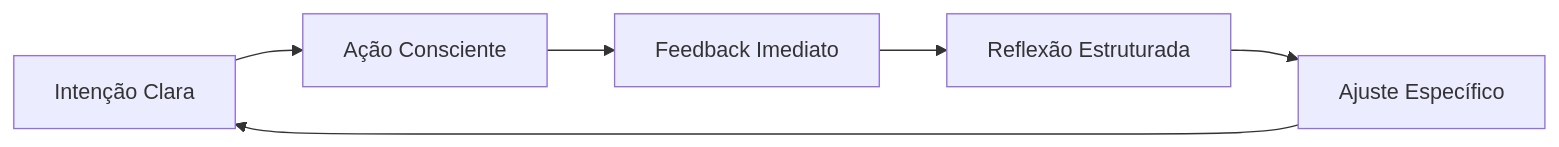
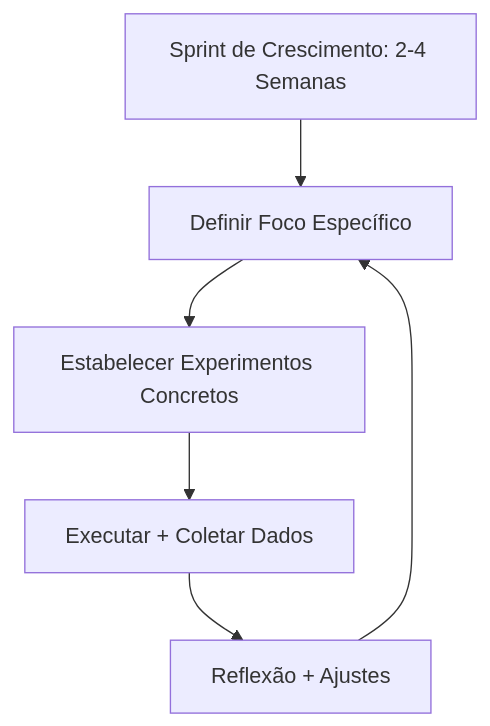
The fifth of 7 diagrams in Leadership/pdi.md (felipepimentel/my-public-notes), drawn with Mermaid before and after one commit. The commit also changed other lines of this file, not shown here.

````diff
--- a/Leadership/pdi.md
+++ b/Leadership/pdi.md
@@ -465,8 +331,8 @@
 ```mermaid
-graph LR
-    A[Intenção Clara] --> B[Ação Consciente]
-    B --> C[Feedback Imediato]
-    C --> D[Reflexão Estruturada]
-    D --> E[Ajuste Específico]
-    E --> A
+graph TD
+    A[Sprint de Crescimento: 2-4 Semanas] --> B[Definir Foco Específico]
+    B --> C[Estabelecer Experimentos Concretos]
+    C --> D[Executar + Coletar Dados]
+    D --> E[Reflexão + Ajustes]
+    E --> B
 ```
````
